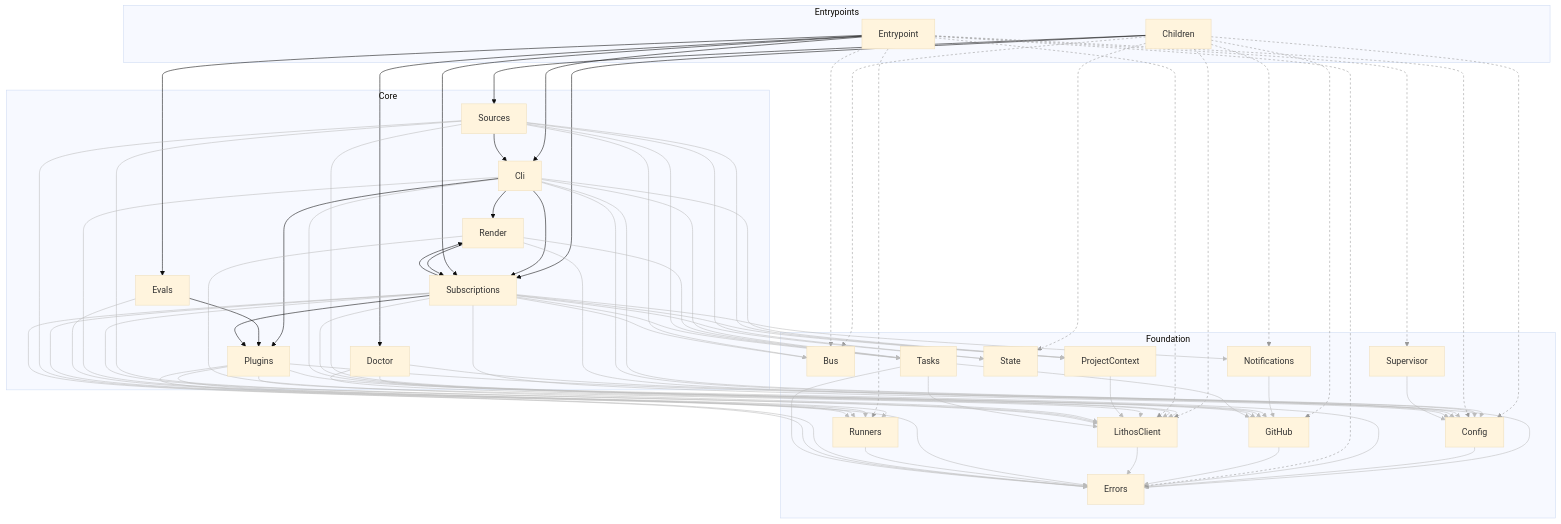
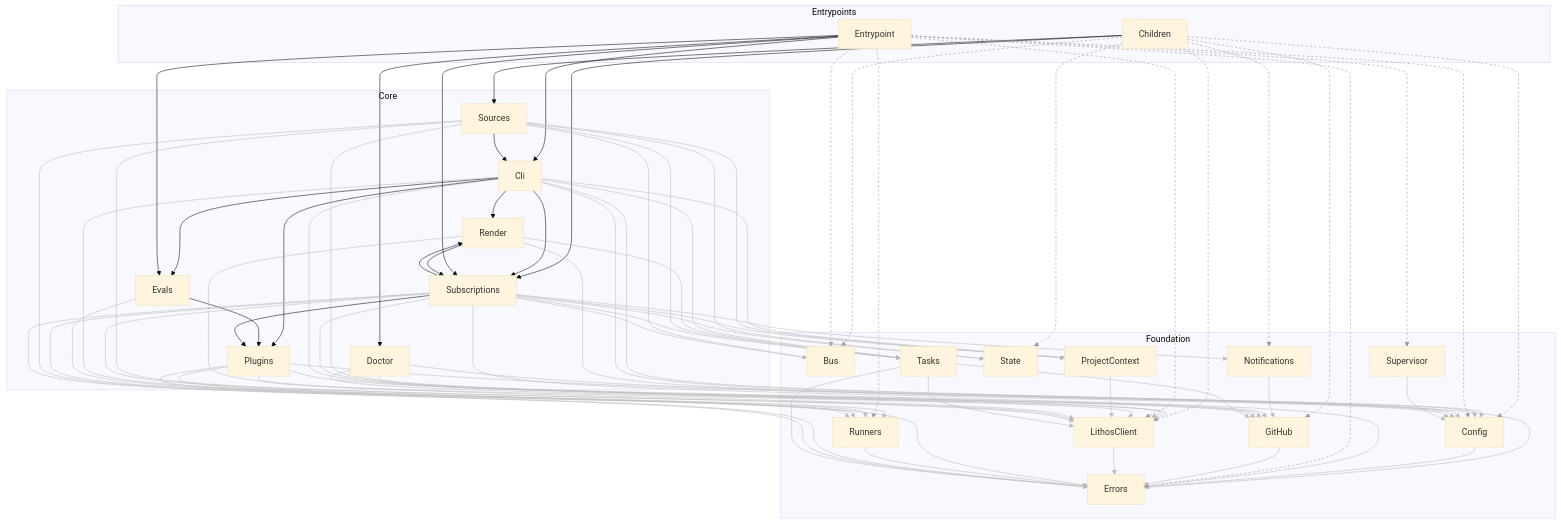
The diagram in docs/generated/architecture.md (agent-lore/lithos-loom), drawn with Mermaid (base theme) before and after one commit. The commit also changed 11 other files, not shown here.

````diff
--- a/docs/generated/architecture.md
+++ b/docs/generated/architecture.md
@@ -61,6 +61,7 @@
   Children --> Subscriptions
   Cli --> Config
   Cli --> Errors
+  Cli --> Evals
   Cli --> LithosClient
   Cli --> Plugins
   Cli --> ProjectContext
@@ -130,21 +131,20 @@
   linkStyle 6 stroke:#999,stroke-dasharray:4
   linkStyle 8 stroke:#bbb
   linkStyle 9 stroke:#bbb
-  linkStyle 10 stroke:#bbb
-  linkStyle 12 stroke:#bbb
-  linkStyle 14 stroke:#bbb
-  linkStyle 16 stroke:#bbb
+  linkStyle 11 stroke:#bbb
+  linkStyle 13 stroke:#bbb
+  linkStyle 15 stroke:#bbb
   linkStyle 17 stroke:#bbb
   linkStyle 18 stroke:#bbb
   linkStyle 19 stroke:#bbb
   linkStyle 20 stroke:#bbb
-  linkStyle 21 stroke:#999,stroke-dasharray:4
-  linkStyle 23 stroke:#999,stroke-dasharray:4
-  linkStyle 25 stroke:#999,stroke-dasharray:4
-  linkStyle 27 stroke:#999,stroke-dasharray:4
+  linkStyle 21 stroke:#bbb
+  linkStyle 22 stroke:#999,stroke-dasharray:4
+  linkStyle 24 stroke:#999,stroke-dasharray:4
+  linkStyle 26 stroke:#999,stroke-dasharray:4
   linkStyle 28 stroke:#999,stroke-dasharray:4
-  linkStyle 30 stroke:#999,stroke-dasharray:4
-  linkStyle 32 stroke:#bbb
+  linkStyle 29 stroke:#999,stroke-dasharray:4
+  linkStyle 31 stroke:#999,stroke-dasharray:4
   linkStyle 33 stroke:#bbb
   linkStyle 34 stroke:#bbb
   linkStyle 35 stroke:#bbb
@@ -156,10 +156,10 @@
   linkStyle 41 stroke:#bbb
   linkStyle 42 stroke:#bbb
   linkStyle 43 stroke:#bbb
-  linkStyle 45 stroke:#bbb
+  linkStyle 44 stroke:#bbb
   linkStyle 46 stroke:#bbb
   linkStyle 47 stroke:#bbb
-  linkStyle 49 stroke:#bbb
+  linkStyle 48 stroke:#bbb
   linkStyle 50 stroke:#bbb
   linkStyle 51 stroke:#bbb
   linkStyle 52 stroke:#bbb
@@ -171,12 +171,13 @@
   linkStyle 58 stroke:#bbb
   linkStyle 59 stroke:#bbb
   linkStyle 60 stroke:#bbb
-  linkStyle 62 stroke:#bbb
-  linkStyle 64 stroke:#bbb
+  linkStyle 61 stroke:#bbb
+  linkStyle 63 stroke:#bbb
   linkStyle 65 stroke:#bbb
   linkStyle 66 stroke:#bbb
   linkStyle 67 stroke:#bbb
   linkStyle 68 stroke:#bbb
   linkStyle 69 stroke:#bbb
   linkStyle 70 stroke:#bbb
+  linkStyle 71 stroke:#bbb
 ```
````
